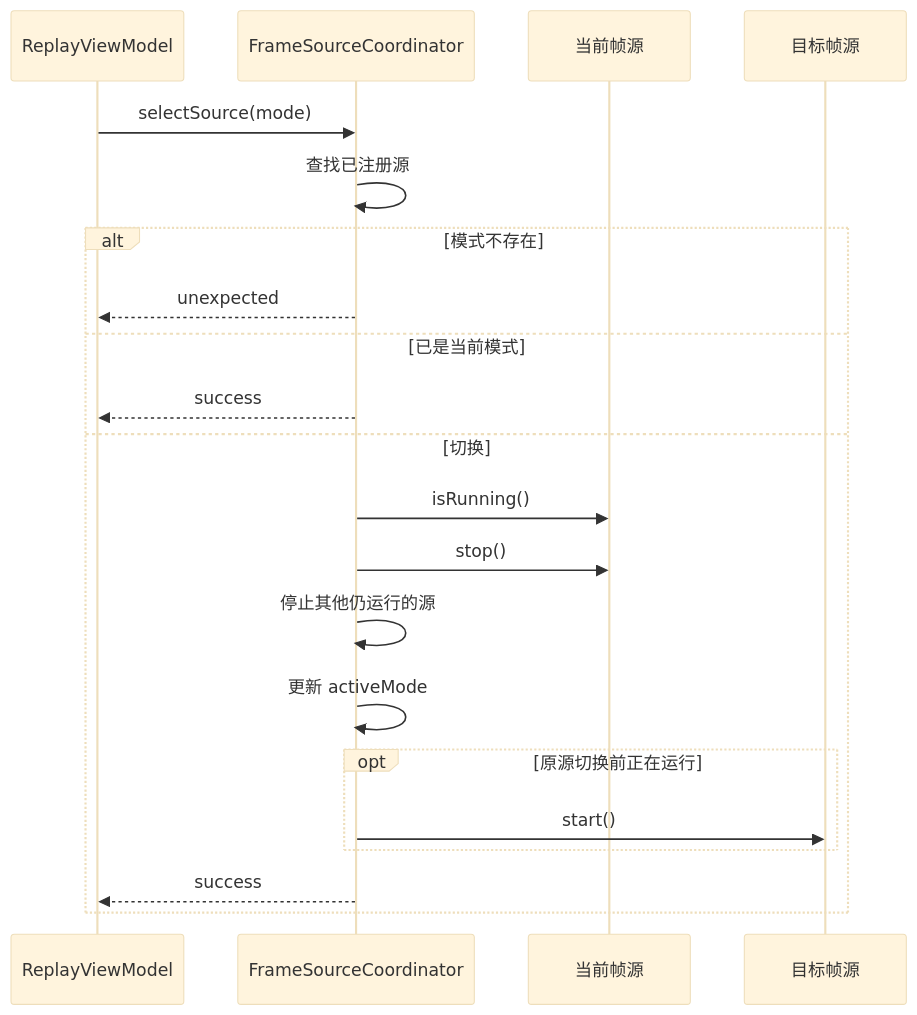
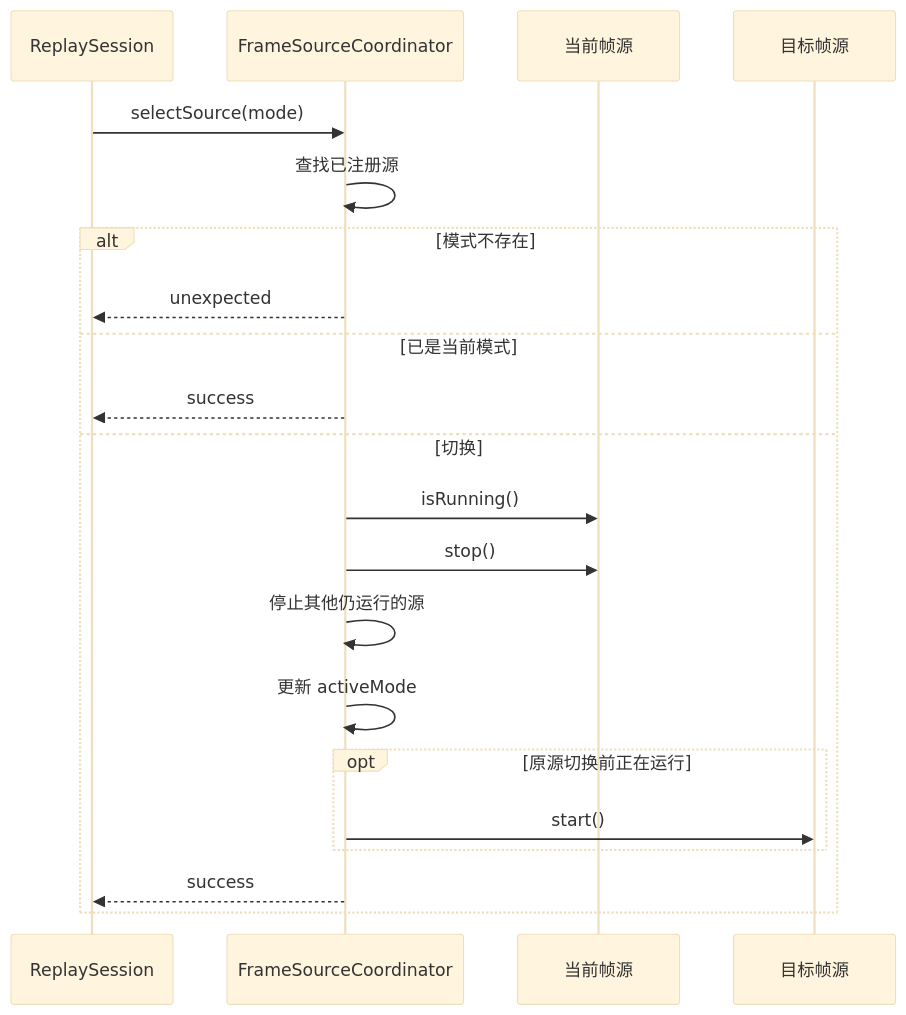
The third of 6 diagrams in docs/module-acquisition.md (with-fair-wind/1mZGG), drawn with Mermaid (base theme) before and after one commit. The commit also changed other lines of this file and 116 other files, not shown here.

````diff
--- a/docs/module-acquisition.md
+++ b/docs/module-acquisition.md
@@ -180,24 +181,24 @@
 ```mermaid
 sequenceDiagram
-    participant UI as ReplayViewModel
+    participant UI as ReplaySession
     participant Coord as FrameSourceCoordinator
     participant Old as 当前帧源
     participant New as 目标帧源
 
     UI->>Coord: selectSource(mode)
     Coord->>Coord: 查找已注册源
     alt 模式不存在
         Coord-->>UI: unexpected
     else 已是当前模式
         Coord-->>UI: success
     else 切换
         Coord->>Old: isRunning()
         Coord->>Old: stop()
         Coord->>Coord: 停止其他仍运行的源
         Coord->>Coord: 更新 activeMode
         opt 原源切换前正在运行
             Coord->>New: start()
         end
         Coord-->>UI: success
     end
 ```
````
